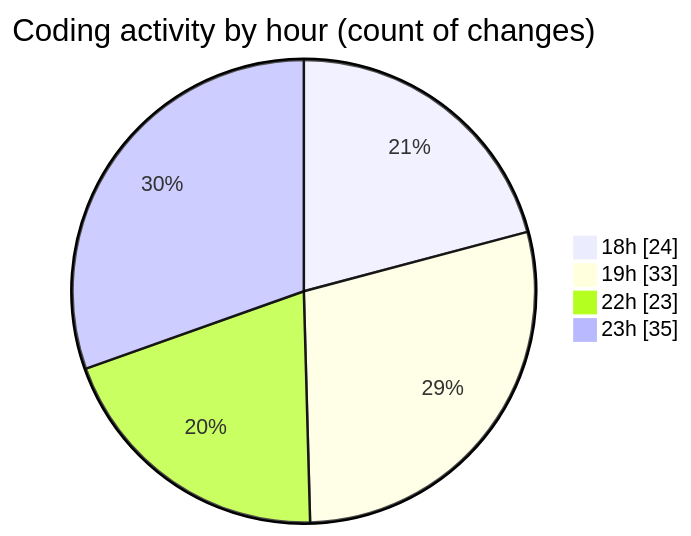
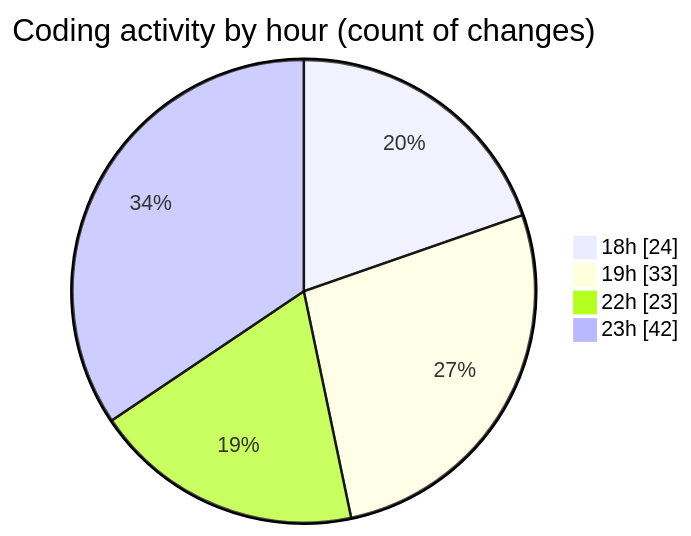
Before and after one commit to Netris89/code-tracking: the second of 2 diagrams in 2025-04-21/echo/README.md, drawn with Mermaid. The commit also changed other lines of this file and 1 other file, not shown here.

````diff
--- a/2025-04-21/echo/README.md
+++ b/2025-04-21/echo/README.md
@@ -36,8 +36,8 @@
 ```mermaid
 pie showData
 title Coding activity by hour (count of changes)
 "18h" : 24
 "19h" : 33
 "22h" : 23
-"23h" : 35
+"23h" : 42
 ```
````
